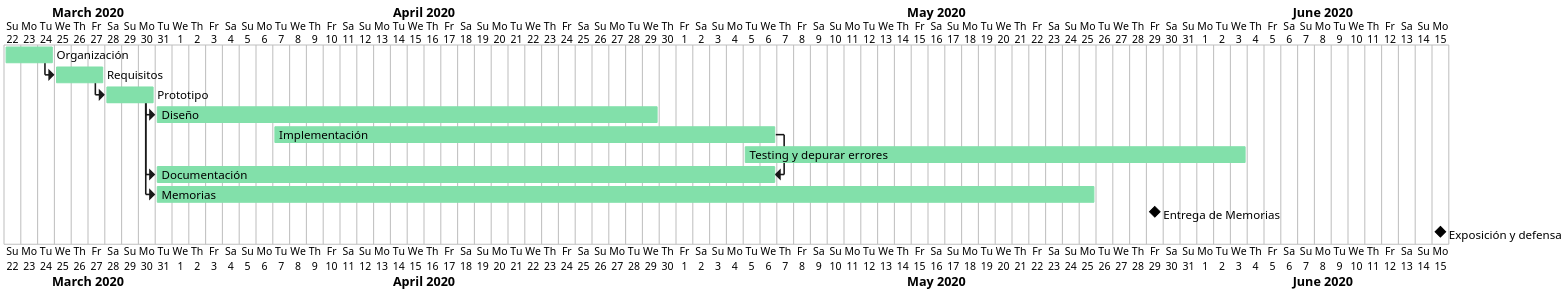
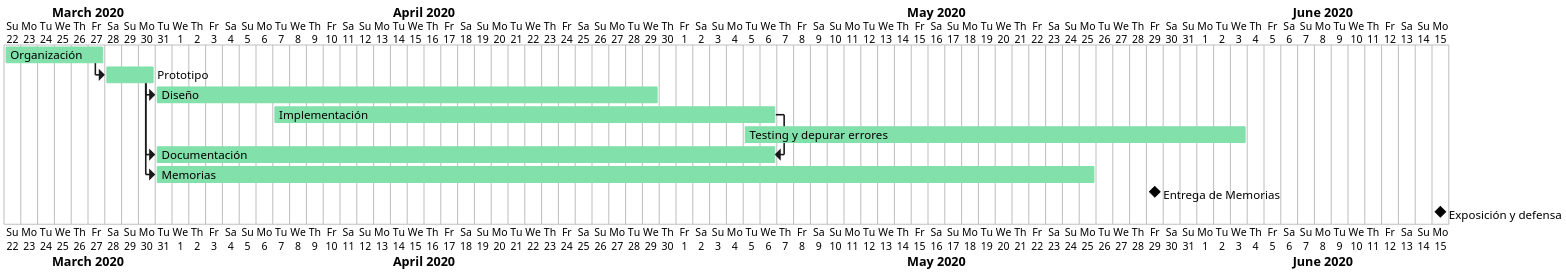
Before and after one commit to The-Crimson-Pizza/Tv-Tracker: the diagram in docs/diagramas/gantt.puml, drawn with PlantUML. The commit also changed 7 other files, not shown here.

```diff
--- a/docs/diagramas/gantt.puml
+++ b/docs/diagramas/gantt.puml
@@ -1,39 +1,35 @@
 @startgantt tfg
 scale 2.5
 Project starts the 22th of march 2020
 
 [Organización] is colored in #82E0AA
-[Organización] lasts 3 days
-
-[Requisitos] is colored in #82E0AA
-[Requisitos] lasts 3 days
-[Requisitos] starts at [Organización]'s end
+[Organización] lasts 6 days
 
 [Prototipo] is colored in #82E0AA
-[Prototipo] starts at [Requisitos]'s end
+[Prototipo] starts at [Organización]'s end
 [Prototipo] lasts 3 days
 
 [Diseño] is colored in #82E0AA
 [Diseño] lasts 30 days
 [Diseño] starts at [Prototipo]'s end
 
 [Implementación] is colored in #82E0AA
 [Implementación] starts at 7th of april 2020
 [Implementación] lasts 30 days
 
 
 [Testing y depurar errores] is colored in #82E0AA
 [Testing y depurar errores] starts at 5th of may 2020
 [Testing y depurar errores] lasts 30 days
 
 [Documentación] is colored in #82E0AA
 [Documentación] starts at [Prototipo]'s end
 [Documentación] ends at [Implementación]'s end
 
 [Memorias] is colored in #82E0AA
 [Memorias] starts at [Prototipo]'s end
 [Memorias] ends at 25th of may 2020
 
 [Entrega de Memorias] happens at 29th of may 2020
 [Exposición y defensa] happens at 15th of june 2020
 @endgantt
```
